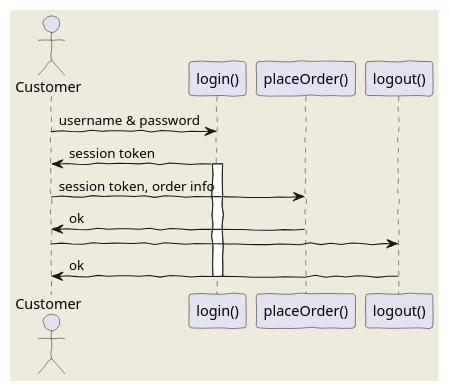
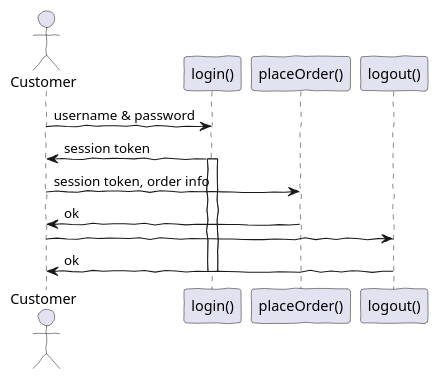
One commit to nkiyo/vscode-mpe-sample changed the first of 4 diagrams in sample.md. Above: the diagram before and after it, drawn with PlantUML. The commit also changed other lines of this file and 4 other files, not shown here.

````diff
--- a/sample.md
+++ b/sample.md
@@ -5,15 +5,14 @@
 ```plantuml
 @startuml
-    skinparam backgroundColor #EEEBDC
     skinparam handwritten true
     actor Customer
     Customer -> "login()" : username & password
     "login()" -> Customer : session token
     activate "login()"
     Customer -> "placeOrder()" : session token, order info
     "placeOrder()" -> Customer : ok
     Customer -> "logout()"
     "logout()" -> Customer : ok
     deactivate "login()"
 @enduml
 ```
````
